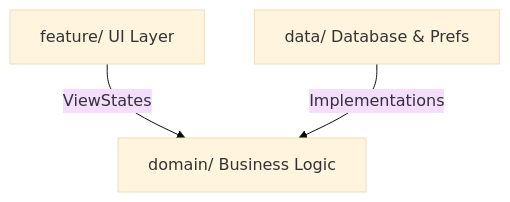
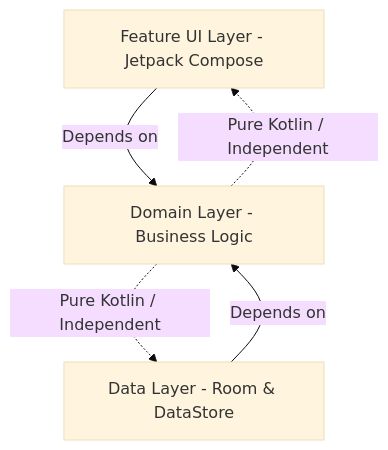
Before and after one commit to anubhab-royy/Safe75: the first of 2 diagrams in README.md, drawn with Mermaid (base theme). The commit also changed other lines of this file and 54 other files, not shown here.

````diff
--- a/README.md
+++ b/README.md
@@ -24,5 +42,8 @@
 ```mermaid
 graph TD
-    UI[feature/ UI Layer] -->|ViewStates| Domain[domain/ Business Logic]
-    Data[data/ Database & Prefs] -->|Implementations| Domain
+    UI[Feature UI Layer - Jetpack Compose] -->|Depends on| Domain[Domain Layer - Business Logic]
+    Data[Data Layer - Room & DataStore] -->|Depends on| Domain
+    
+    Domain -.->|Pure Kotlin / Independent| Data
+    Domain -.->|Pure Kotlin / Independent| UI
 ```
````
